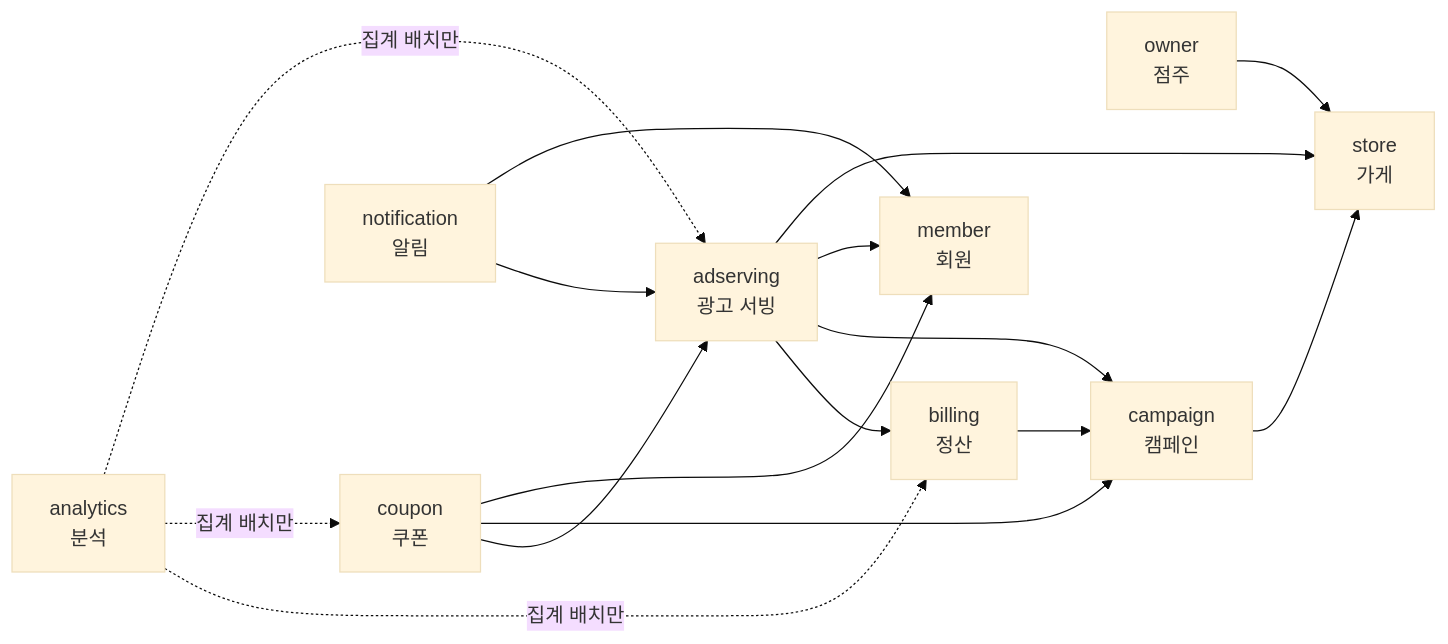
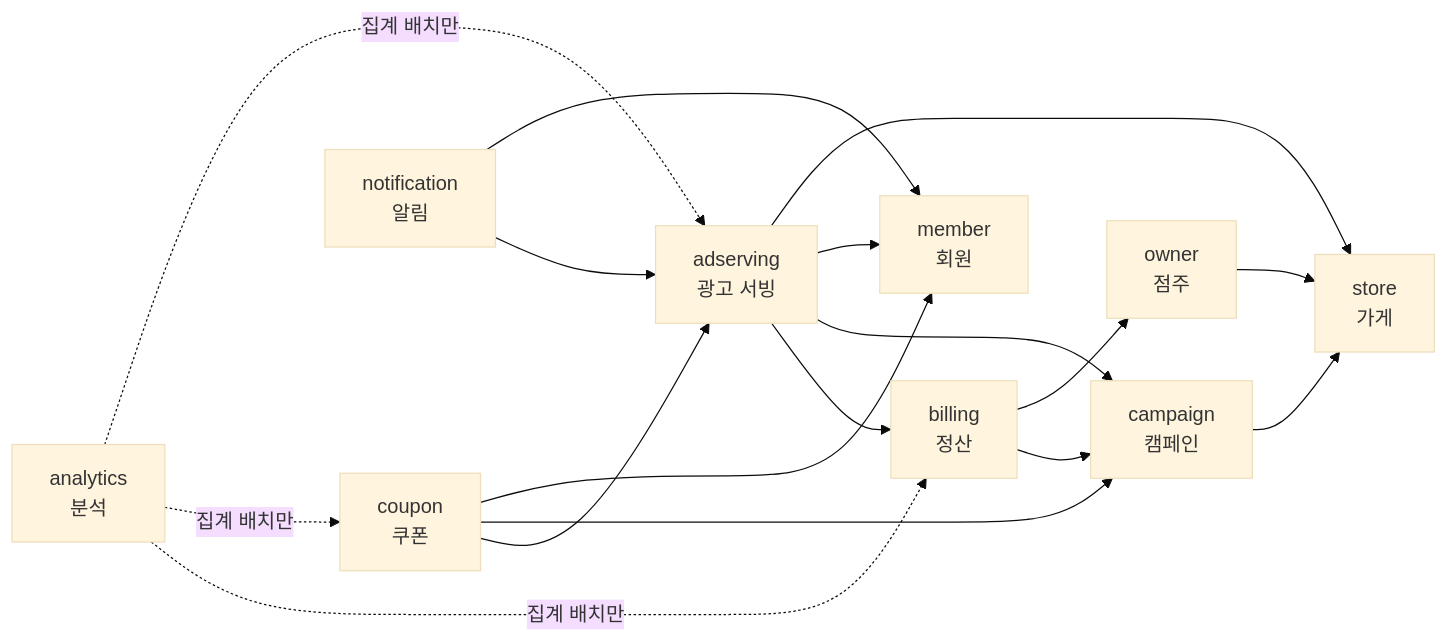
One commit to lunch-catch/lc-backend changed the second of 2 diagrams in docs/architecture/런치캐치_도메인_구조와_의존성_설계.md. Above: the diagram before and after it, drawn with Mermaid (base theme). The commit also changed other lines of this file and 1 other file, not shown here.

Commit message:
[Docs] 정산이 점주 상태 조회를 부르는 간선을 설계 문서와 CODEOWNERS에 더한다

````diff
--- a/docs/architecture/런치캐치_도메인_구조와_의존성_설계.md
+++ b/docs/architecture/런치캐치_도메인_구조와_의존성_설계.md
@@ -225,26 +225,27 @@
 ```mermaid
 flowchart LR
   ANA["analytics<br/>분석"]
   COU["coupon<br/>쿠폰"]
   NOT["notification<br/>알림"]
   OWN["owner<br/>점주"]
   ADS["adserving<br/>광고 서빙"]
   BIL["billing<br/>정산"]
   MEM["member<br/>회원"]
   CAM["campaign<br/>캠페인"]
   STO["store<br/>가게"]
 
   ANA -. "집계 배치만" .-> BIL & COU & ADS
   BIL --> CAM
+  BIL --> OWN
   COU --> ADS
   COU --> CAM
   COU --> MEM
   NOT --> ADS
   NOT --> MEM
   OWN --> STO
   ADS --> BIL
   ADS --> CAM
   ADS --> MEM
   ADS --> STO
   CAM --> STO
 ```
````
